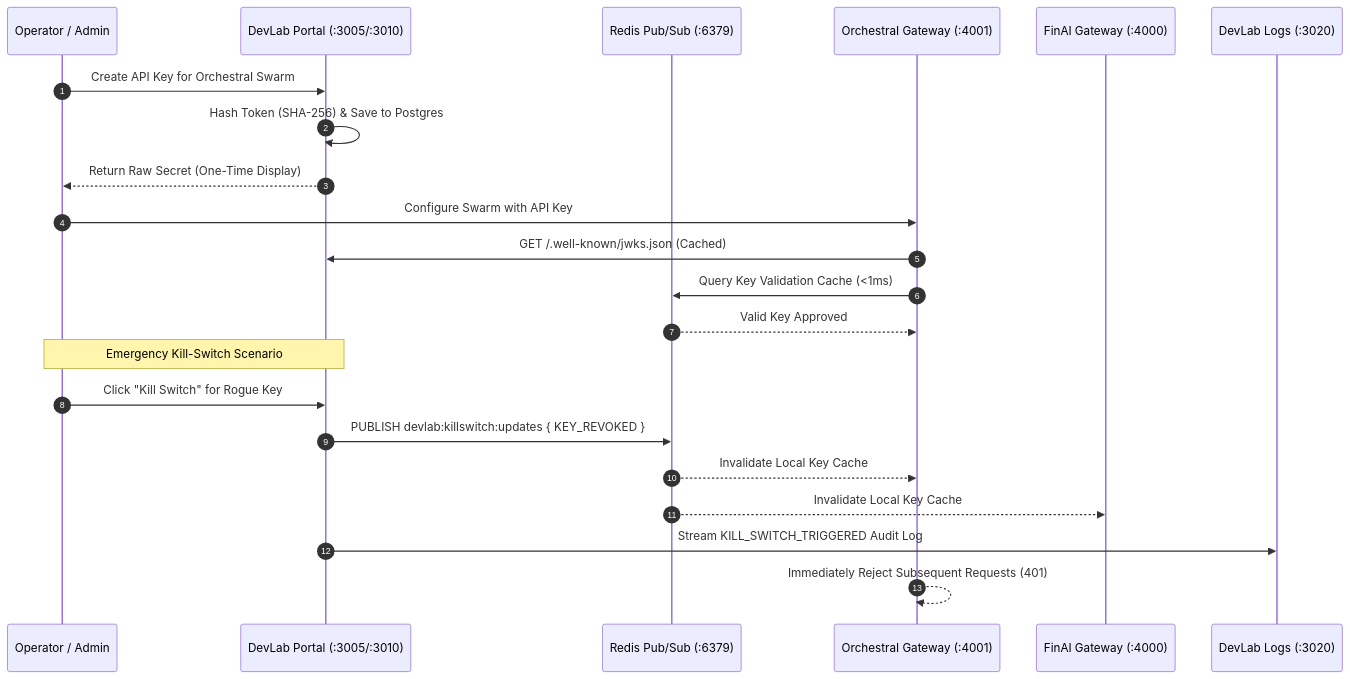
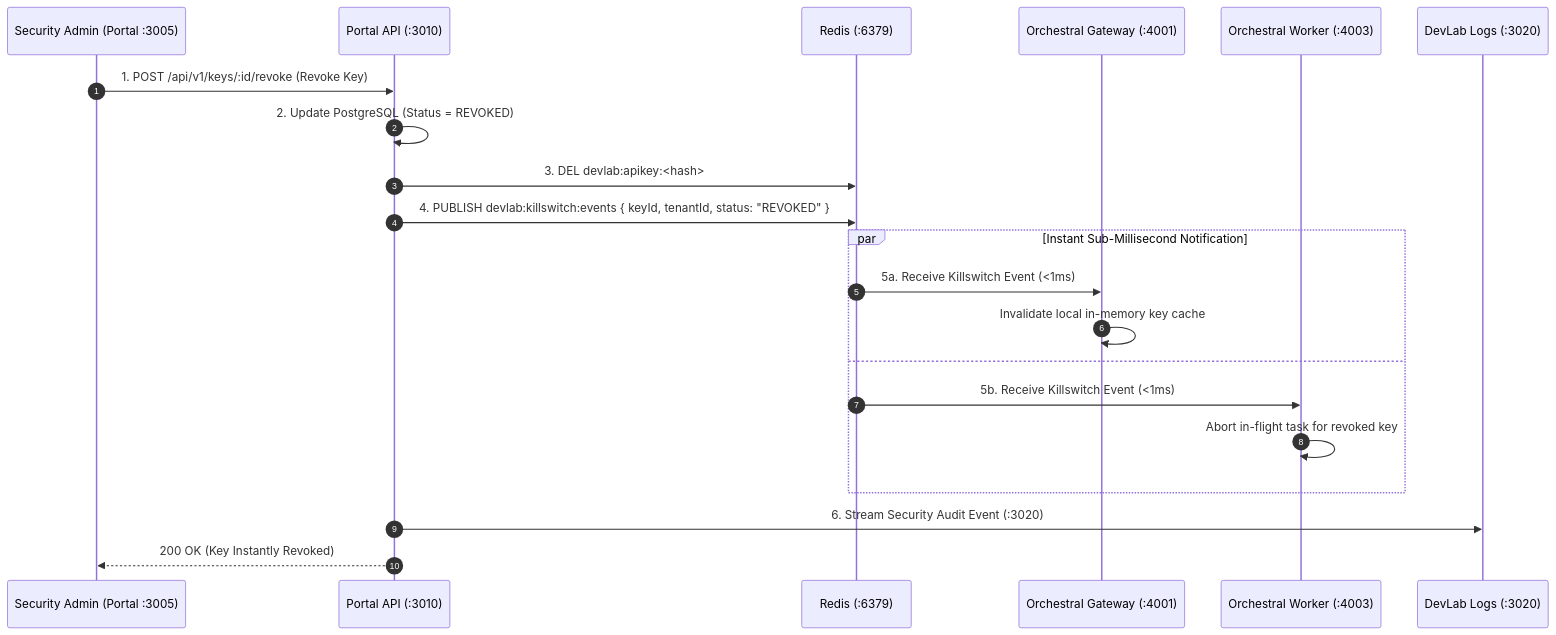
One commit to yuvadevlab/devlab-portal changed the diagram in PROJECT_INFO.md. Above: the diagram before and after it, drawn with Mermaid. The commit also changed other lines of this file, not shown here.

````diff
--- a/PROJECT_INFO.md
+++ b/PROJECT_INFO.md
@@ -135,26 +79,26 @@
 ```mermaid
 sequenceDiagram
     autonumber
-    participant Admin as Operator / Admin
-    participant DP as DevLab Portal (:3005/:3010)
-    participant Redis as Redis Pub/Sub (:6379)
-    participant OA as OrchestraI Gateway (:4001)
-    participant FA as FinAI Gateway (:4000)
-    participant DL as DevLab Logs (:3020)
+    participant Admin as Security Admin (Portal :3005)
+    participant Portal as Portal API (:3010)
+    participant Redis as Redis (:6379)
+    participant GW as OrchestraI Gateway (:4001)
+    participant Worker as OrchestraI Worker (:4003)
+    participant Logs as DevLab Logs (:3020)
 
-    Admin->>DP: Create API Key for OrchestraI Swarm
-    DP->>DP: Hash Token (SHA-256) & Save to Postgres
-    DP-->>Admin: Return Raw Secret (One-Time Display)
-    Admin->>OA: Configure Swarm with API Key
-    OA->>DP: GET /.well-known/jwks.json (Cached)
-    OA->>Redis: Query Key Validation Cache (<1ms)
-    Redis-->>OA: Valid Key Approved
+    Admin->>Portal: 1. POST /api/v1/keys/:id/revoke (Revoke Key)
+    Portal->>Portal: 2. Update PostgreSQL (Status = REVOKED)
+    Portal->>Redis: 3. DEL devlab:apikey:<hash>
+    Portal->>Redis: 4. PUBLISH devlab:killswitch:events { keyId, tenantId, status: "REVOKED" }
 
-    Note over Admin,DP: Emergency Kill-Switch Scenario
-    Admin->>DP: Click "Kill Switch" for Rogue Key
-    DP->>Redis: PUBLISH devlab:killswitch:updates { KEY_REVOKED }
-    Redis-->>OA: Invalidate Local Key Cache
-    Redis-->>FA: Invalidate Local Key Cache
-    DP->>DL: Stream KILL_SWITCH_TRIGGERED Audit Log
-    OA-->>OA: Immediately Reject Subsequent Requests (401)
+    par Instant Sub-Millisecond Notification
+        Redis->>GW: 5a. Receive Killswitch Event (<1ms)
+        GW->>GW: Invalidate local in-memory key cache
+    and
+        Redis->>Worker: 5b. Receive Killswitch Event (<1ms)
+        Worker->>Worker: Abort in-flight task for revoked key
+    end
+
+    Portal->>Logs: 6. Stream Security Audit Event (:3020)
+    Portal-->>Admin: 200 OK (Key Instantly Revoked)
 ```
````
